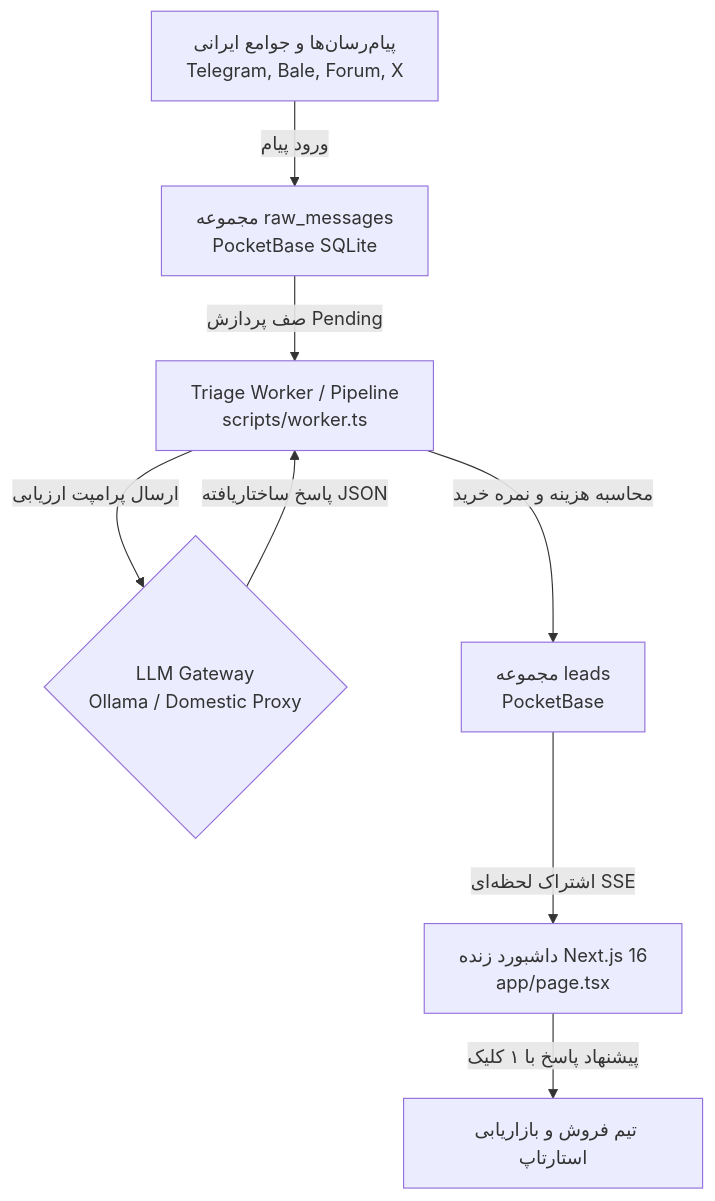
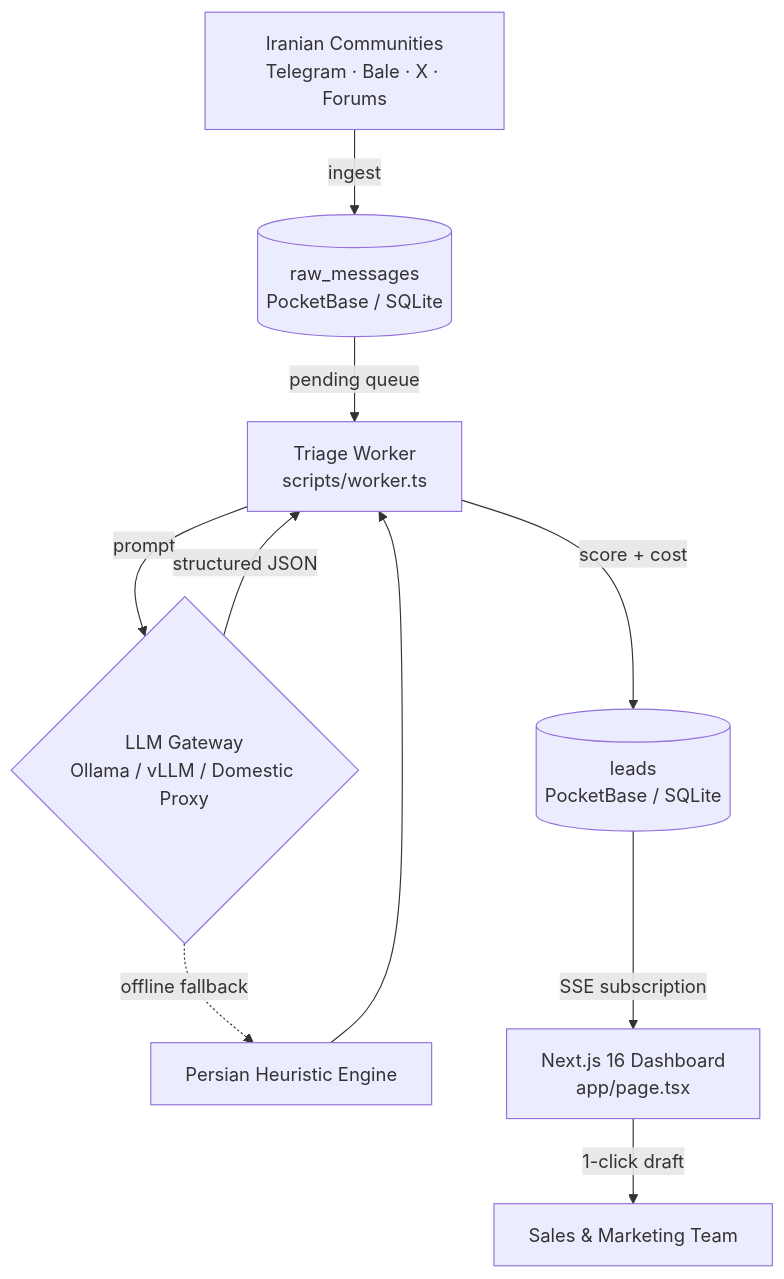
The diagram in README.md (parsanaderidev/radar), drawn with Mermaid before and after one commit. The commit also changed other lines of this file, not shown here.

````diff
--- a/README.md
+++ b/README.md
@@ -36,10 +92,12 @@
 ```mermaid
 graph TD
-    A[پیام‌رسان‌ها و جوامع ایرانی<br/>Telegram, Bale, Forum, X] -->|ورود پیام| B[مجموعه raw_messages<br/>PocketBase SQLite]
-    B -->|صف پردازش Pending| C[Triage Worker / Pipeline<br/>scripts/worker.ts]
-    C -->|ارسال پرامپت ارزیابی| D{LLM Gateway<br/>Ollama / Domestic Proxy}
-    D -->|پاسخ ساختاریافته JSON| C
-    C -->|محاسبه هزینه و نمره خرید| E[مجموعه leads<br/>PocketBase]
-    E -->|اشتراک لحظه‌ای SSE| F[داشبورد زنده Next.js 16<br/>app/page.tsx]
-    F -->|پیشنهاد پاسخ با ۱ کلیک| G[تیم فروش و بازاریابی استارتاپ]
+    A[Iranian Communities<br/>Telegram · Bale · X · Forums] -->|ingest| B[(raw_messages<br/>PocketBase / SQLite)]
+    B -->|pending queue| C[Triage Worker<br/>scripts/worker.ts]
+    C -->|prompt| D{LLM Gateway<br/>Ollama / vLLM / Domestic Proxy}
+    D -->|structured JSON| C
+    D -.->|offline fallback| E[Persian Heuristic Engine]
+    E --> C
+    C -->|score + cost| F[(leads<br/>PocketBase / SQLite)]
+    F -->|SSE subscription| G[Next.js 16 Dashboard<br/>app/page.tsx]
+    G -->|1-click draft| H[Sales & Marketing Team]
 ```
````
